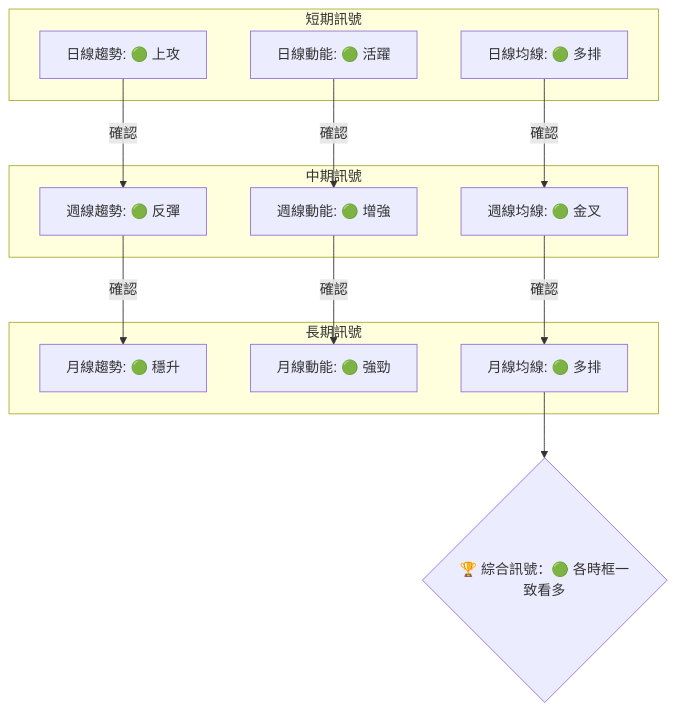
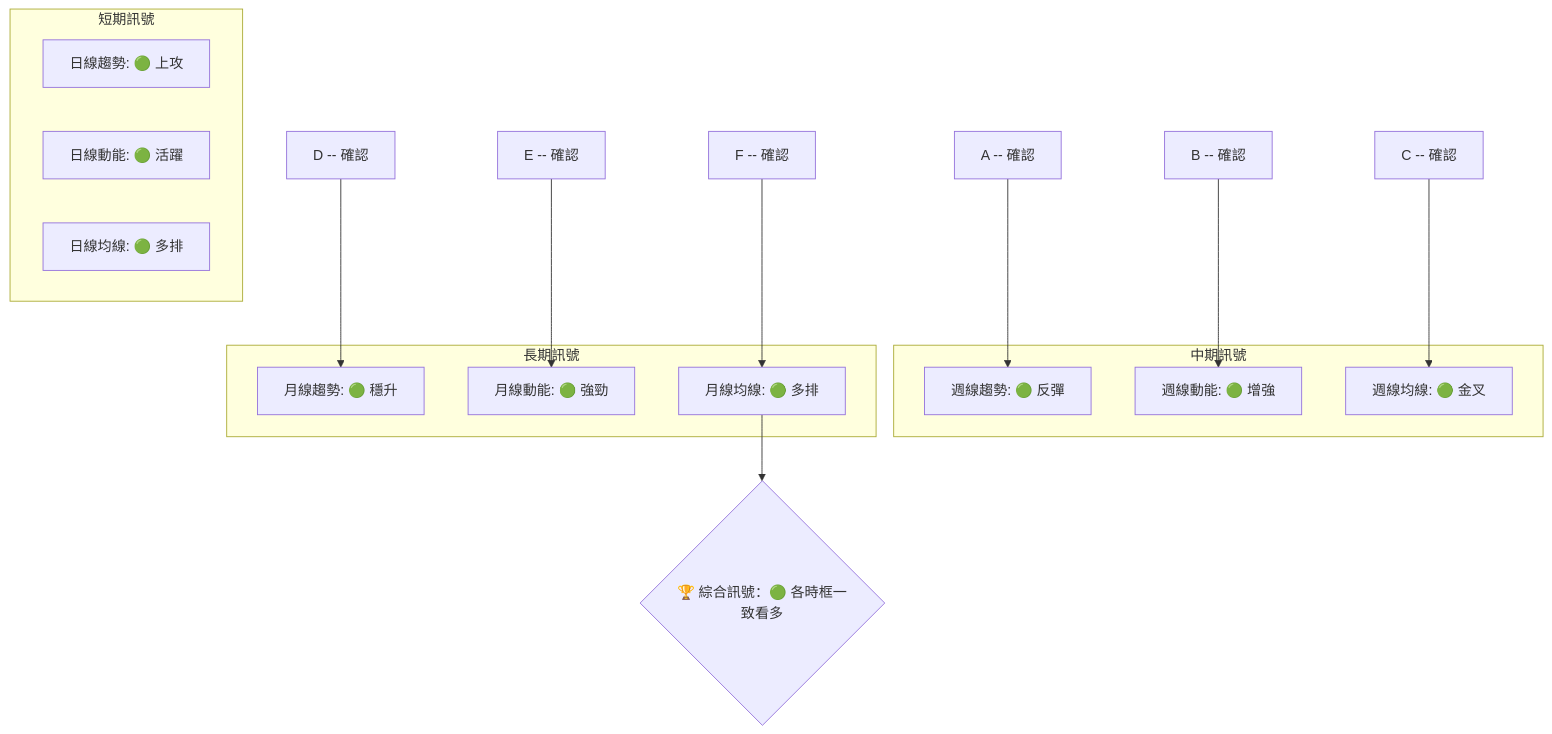
One commit to yennanliu/finance_data changed the tenth of 12 diagrams in ai_gen_report/stock/msft/technical_analysis_2026-07-08_gemini.md. Above: the diagram before and after it, drawn with Mermaid. The commit also changed other lines of this file and 2258 other files, not shown here.

First line of the commit message:
chore: backfill Mermaid syntax repair across existing reports

````diff
--- a/ai_gen_report/stock/msft/technical_analysis_2026-07-08_gemini.md
+++ b/ai_gen_report/stock/msft/technical_analysis_2026-07-08_gemini.md
@@ -672,28 +672,28 @@
 ```mermaid
 graph TD
     subgraph 短期訊號
-        A[日線趨勢: 🟢 上攻]
-        B[日線動能: 🟢 活躍]
-        C[日線均線: 🟢 多排]
+        A["日線趨勢: 🟢 上攻"]
+        B["日線動能: 🟢 活躍"]
+        C["日線均線: 🟢 多排"]
     end
     subgraph 中期訊號
-        D[週線趨勢: 🟢 反彈]
-        E[週線動能: 🟢 增強]
-        F[週線均線: 🟢 金叉]
+        D["週線趨勢: 🟢 反彈"]
+        E["週線動能: 🟢 增強"]
+        F["週線均線: 🟢 金叉"]
     end
     subgraph 長期訊號
-        G[月線趨勢: 🟢 穩升]
-        H[月線動能: 🟢 強勁]
-        I[月線均線: 🟢 多排]
+        G["月線趨勢: 🟢 穩升"]
+        H["月線動能: 🟢 強勁"]
+        I["月線均線: 🟢 多排"]
     end
 
-    A -- 確認 --> D
-    B -- 確認 --> E
-    C -- 確認 --> F
-    D -- 確認 --> G
-    E -- 確認 --> H
-    F -- 確認 --> I
+    nb1["A -- 確認"] --> D
+    nb2["B -- 確認"] --> E
+    nb3["C -- 確認"] --> F
+    nb4["D -- 確認"] --> G
+    nb5["E -- 確認"] --> H
+    nb6["F -- 確認"] --> I
 
     J{"🏆 綜合訊號：🟢 各時框一致看多"}
     I --> J
 ```
````
